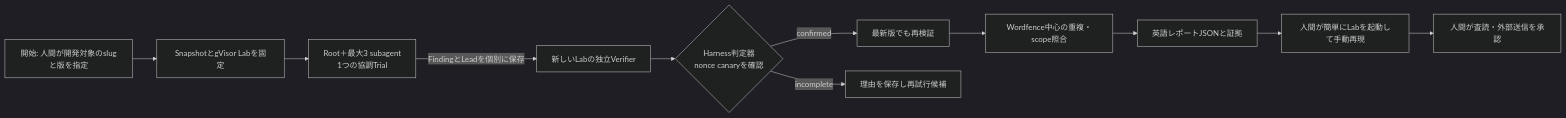
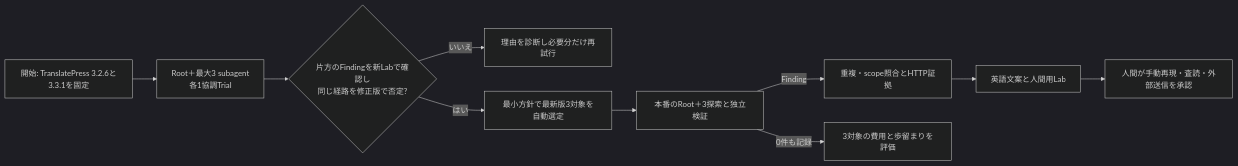
One commit to momoponwork1415-lgtm/wordpress-bounty-harness changed the first of 2 diagrams in docs/IMPLEMENTATION-PLAN.md. Above: the diagram before and after it, drawn with Mermaid (dark theme). The commit also changed other lines of this file and 13 other files, not shown here.

Commit message:
Define TranslatePress readiness gate and production pilot

````diff
--- a/docs/IMPLEMENTATION-PLAN.md
+++ b/docs/IMPLEMENTATION-PLAN.md
@@ -7,13 +7,12 @@
 ```mermaid
 flowchart LR
-  A[開始: 人間が開発対象のslugと版を指定] --> B[SnapshotとgVisor Labを固定]
-  B --> C[Root＋最大3 subagent<br/>1つの協調Trial]
-  C -->|FindingとLeadを個別に保存| D[新しいLabの独立Verifier]
-  D --> E{Harness判定器<br/>nonce canaryを確認}
-  E -->|confirmed| F[最新版でも再検証]
-  E -->|incomplete| C2[理由を保存し再試行候補]
-  F --> G[Wordfence中心の重複・scope照合]
-  G --> H[英語レポートJSONと証拠]
-  H --> I[人間が簡単にLabを起動して手動再現]
-  I --> J[人間が査読・外部送信を承認]
+  A[開始: TranslatePress 3.2.6と3.3.1を固定] --> B[Root＋最大3 subagent<br/>各1協調Trial]
+  B --> C{片方のFindingを新Labで確認し<br/>同じ経路を修正版で否定?}
+  C -->|いいえ| D[理由を診断し必要分だけ再試行]
+  C -->|はい| E[最小方針で最新版3対象を自動選定]
+  E --> F[本番のRoot＋3探索と独立検証]
+  F -->|Finding| G[重複・scope照合とHTTP証拠]
+  G --> H[英語文案と人間用Lab]
+  H --> I[人間が手動再現・査読・外部送信を承認]
+  F -->|0件も記録| J[3対象の費用と歩留まりを評価]
 ```
````
